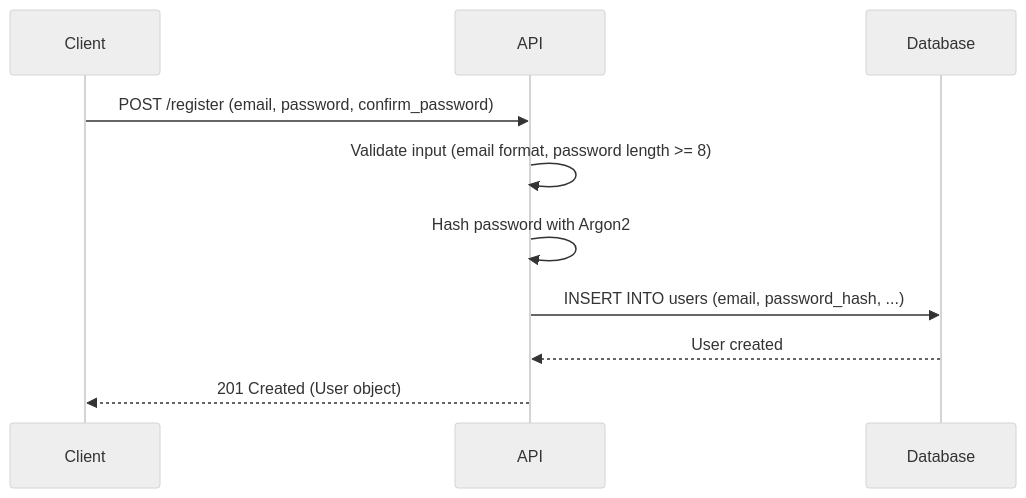
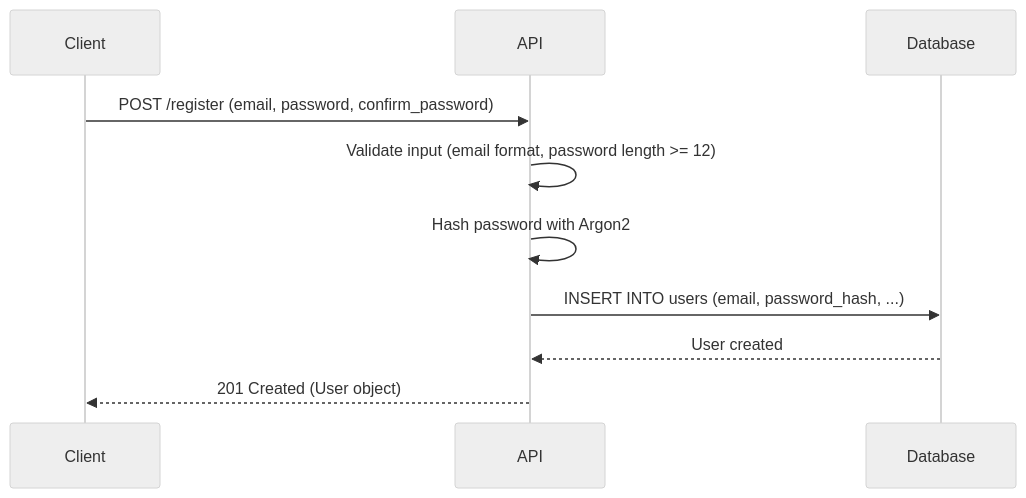
One commit to quanhua92/buildscale-ai changed the first of 7 diagrams in backend/docs/AUTHENTICATION.md. Above: the diagram before and after it, drawn with Mermaid (neutral theme). The commit also changed other lines of this file and 3 other files, not shown here.

````diff
--- a/backend/docs/AUTHENTICATION.md
+++ b/backend/docs/AUTHENTICATION.md
@@ -8,13 +8,13 @@
 ```mermaid
 sequenceDiagram
     participant Client
     participant API
     participant Database
 
     Client->>API: POST /register (email, password, confirm_password)
-    API->>API: Validate input (email format, password length >= 8)
+    API->>API: Validate input (email format, password length >= 12)
     API->>API: Hash password with Argon2
     API->>Database: INSERT INTO users (email, password_hash, ...)
     Database-->>API: User created
     API-->>Client: 201 Created (User object)
 ```
````
